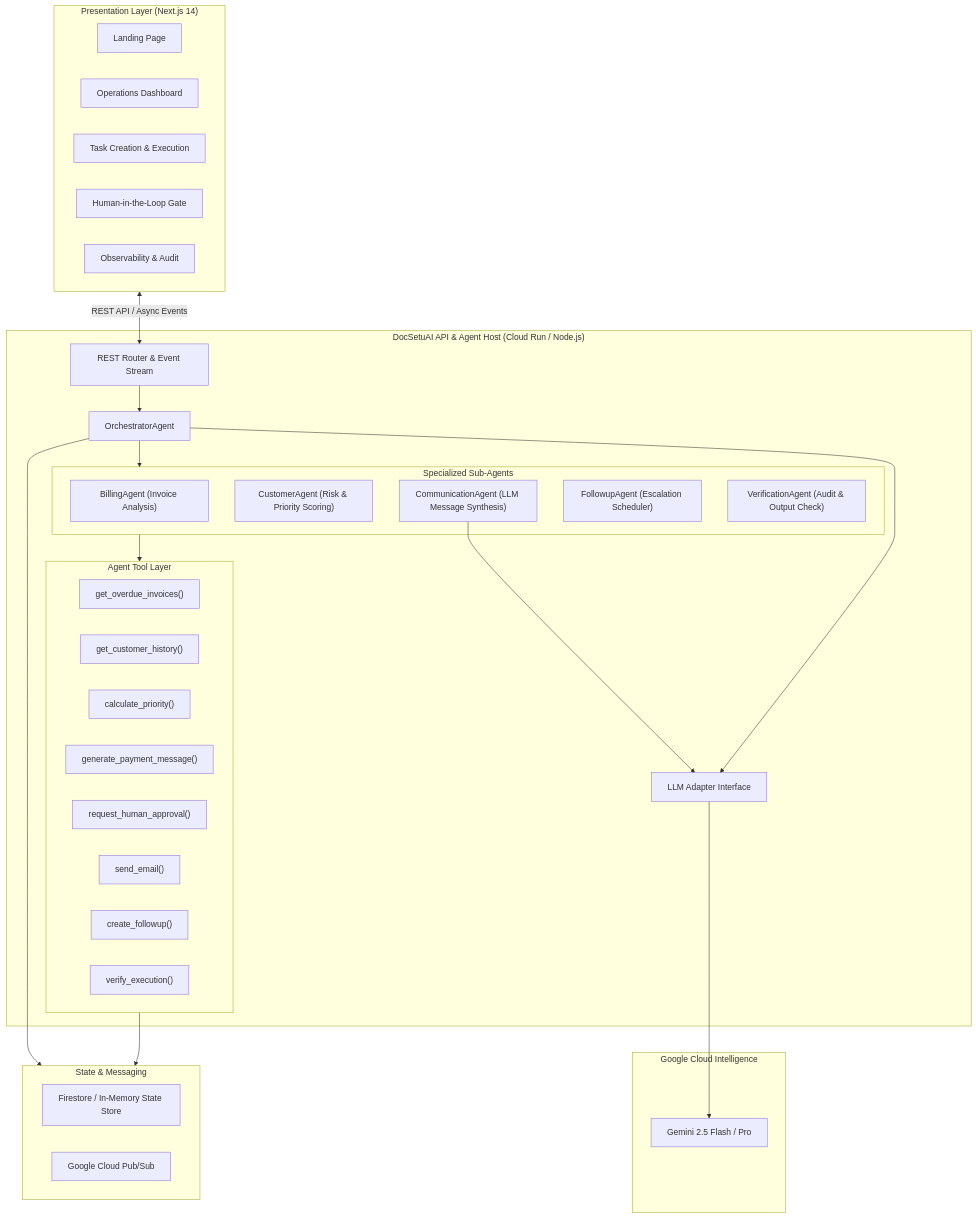
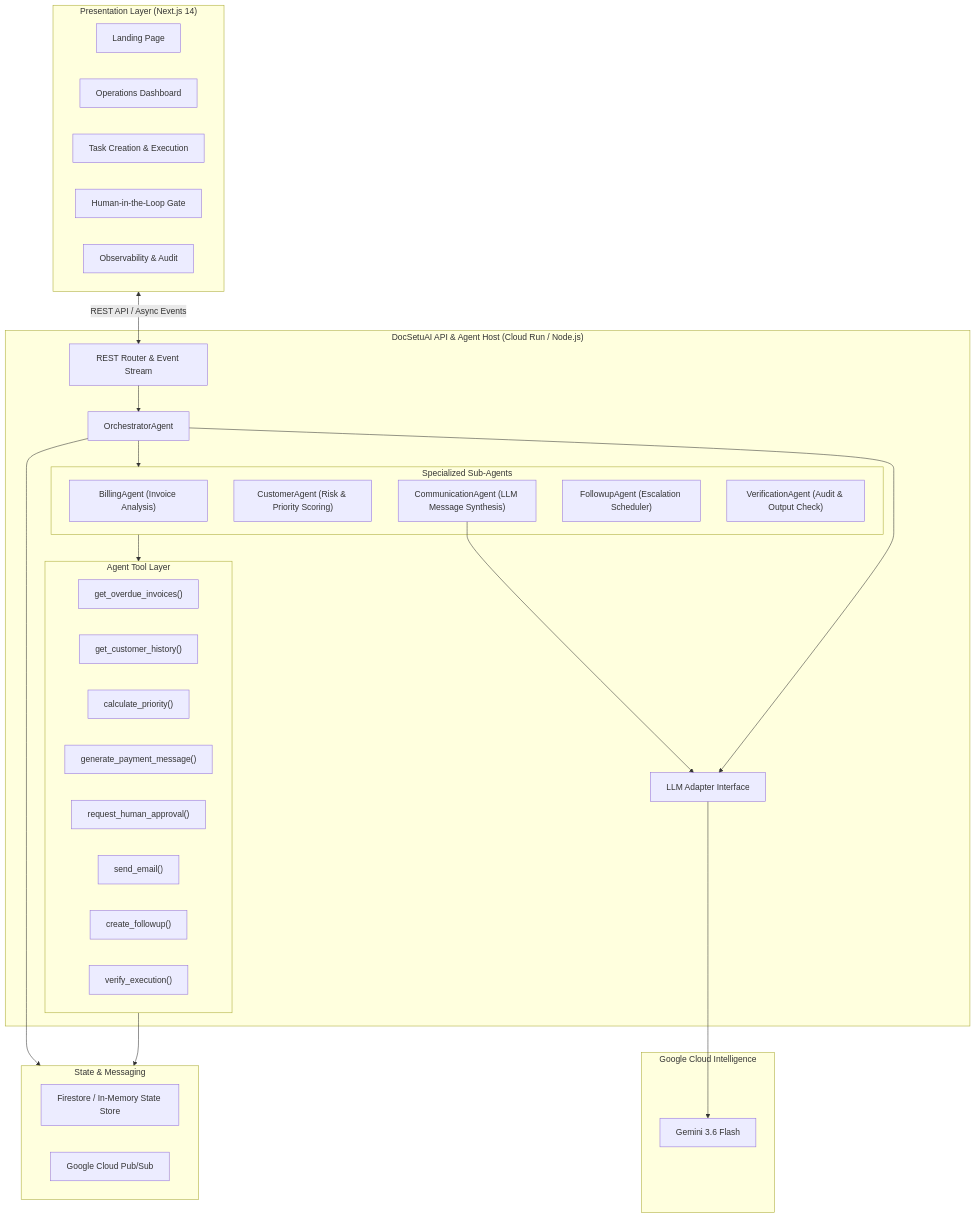
One commit to sonurust/DocSetuAI changed the diagram in docs/architecture.md. Above: the diagram before and after it, drawn with Mermaid. The commit also changed 6 other files, not shown here.

Commit message:
fix: gemini-3.6-flash everywhere + orchestrator upgrades (memory, cancellation, followup persistence)

````diff
--- a/docs/architecture.md
+++ b/docs/architecture.md
@@ -9,57 +9,57 @@
 ```mermaid
 flowchart TD
     subgraph Frontend["Presentation Layer (Next.js 14)"]
         UI_Landing["Landing Page"]
         UI_Dashboard["Operations Dashboard"]
         UI_TaskRunner["Task Creation & Execution"]
         UI_Approvals["Human-in-the-Loop Gate"]
         UI_Audit["Observability & Audit"]
     end
 
     subgraph API_Gateway["DocSetuAI API & Agent Host (Cloud Run / Node.js)"]
         Router["REST Router & Event Stream"]
         Orchestrator["OrchestratorAgent"]
         
         subgraph SubAgents["Specialized Sub-Agents"]
             BillingAgent["BillingAgent (Invoice Analysis)"]
             CustomerAgent["CustomerAgent (Risk & Priority Scoring)"]
             CommAgent["CommunicationAgent (LLM Message Synthesis)"]
             FollowupAgent["FollowupAgent (Escalation Scheduler)"]
             VerificationAgent["VerificationAgent (Audit & Output Check)"]
         end
 
         subgraph ToolRegistry["Agent Tool Layer"]
             T1["get_overdue_invoices()"]
             T2["get_customer_history()"]
             T3["calculate_priority()"]
             T4["generate_payment_message()"]
             T5["request_human_approval()"]
             T6["send_email()"]
             T7["create_followup()"]
             T8["verify_execution()"]
         end
 
         LLM_Adapter["LLM Adapter Interface"]
     end
 
     subgraph Google_AI["Google Cloud Intelligence"]
-        Gemini["Gemini 2.5 Flash / Pro"]
+        Gemini["Gemini 3.6 Flash"]
     end
 
     subgraph Persistence["State & Messaging"]
         Firestore["Firestore / In-Memory State Store"]
         PubSub["Google Cloud Pub/Sub"]
     end
 
     %% Flow connections
     Frontend <-->|REST API / Async Events| Router
     Router --> Orchestrator
     Orchestrator --> SubAgents
     SubAgents --> ToolRegistry
     CommAgent --> LLM_Adapter
     Orchestrator --> LLM_Adapter
     LLM_Adapter --> Gemini
 
     ToolRegistry --> Persistence
     Orchestrator --> Persistence
 ```
````
